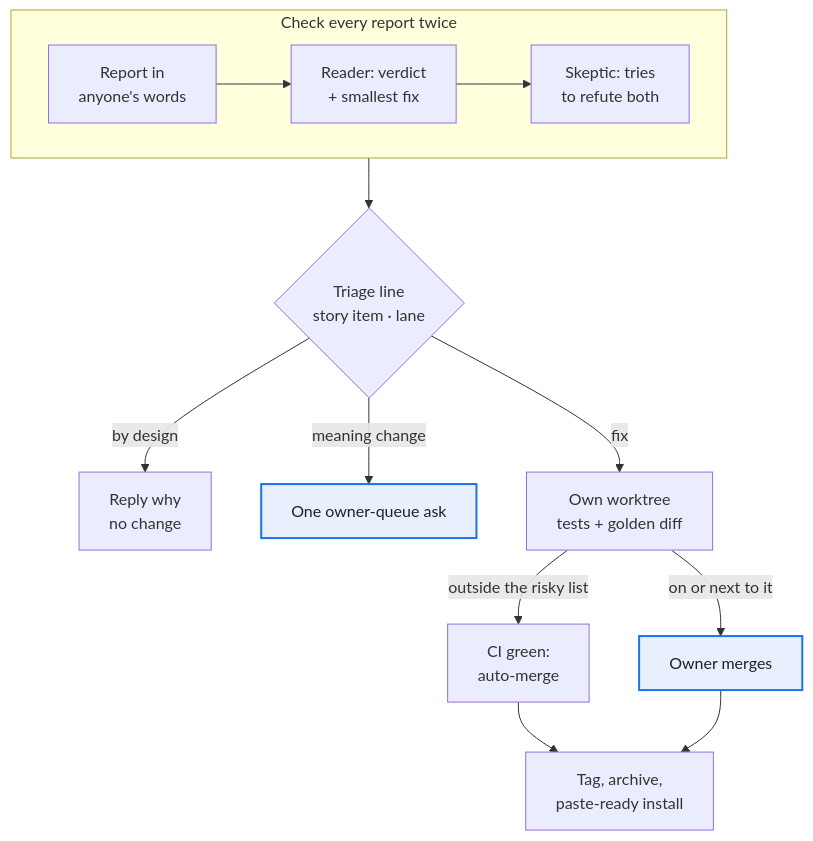
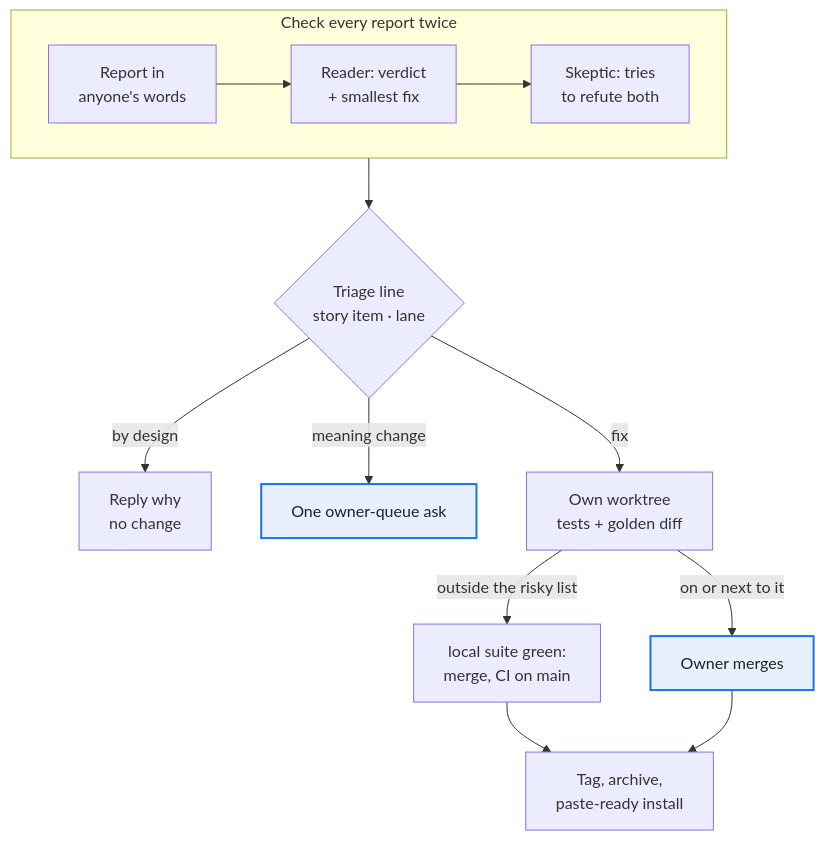
One commit to thaddeus-builds/skill-pack-playbook changed the first of 3 diagrams in docs/operating.md. Above: the diagram before and after it, drawn with Mermaid. The commit also changed other lines of this file and 3 other files, not shown here.

Commit message:
operating rule 4: merge on the local suite, CI on main after; risky and environment-dependent changes wait for the MR's CI

````diff
--- a/docs/operating.md
+++ b/docs/operating.md
@@ -9,15 +9,15 @@
 ```mermaid
 flowchart TB
     subgraph IN["Check every report twice"]
       direction LR
       R["Report in<br/>anyone's words"] --> V["Reader: verdict<br/>+ smallest fix"] --> SK["Skeptic: tries<br/>to refute both"]
     end
     IN --> T{"Triage line<br/>story item · lane"}
     T -->|by design| N["Reply why<br/>no change"]
     T -->|meaning change| QO["One owner-queue ask"]:::owner
     T -->|fix| B["Own worktree<br/>tests + golden diff"]
-    B -->|outside the risky list| AM["CI green:<br/>auto-merge"]
+    B -->|outside the risky list| AM["local suite green:<br/>merge, CI on main"]
     B -->|on or next to it| OM["Owner merges"]:::owner
     AM & OM --> REL["Tag, archive,<br/>paste-ready install"]
     classDef owner fill:#e8f0fe,stroke:#1a73e8,stroke-width:2px,color:#202124
 ```
````
